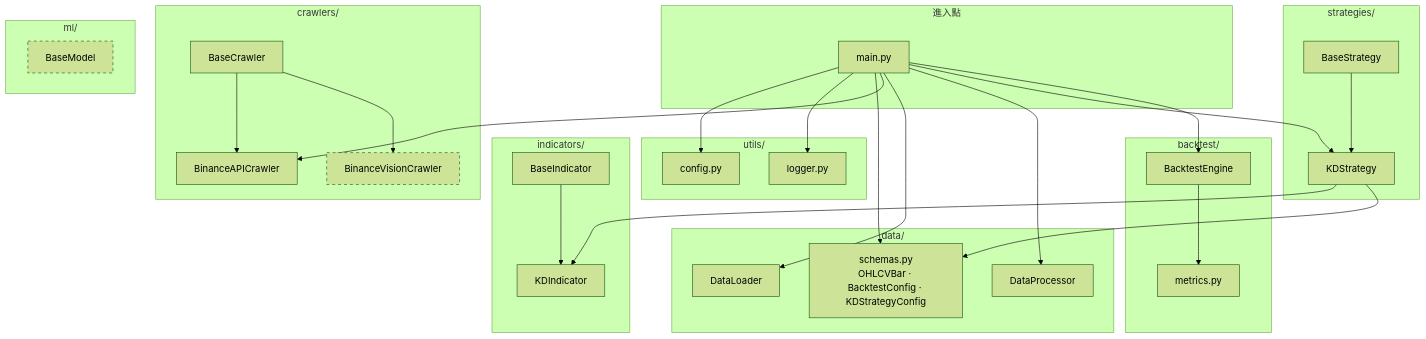
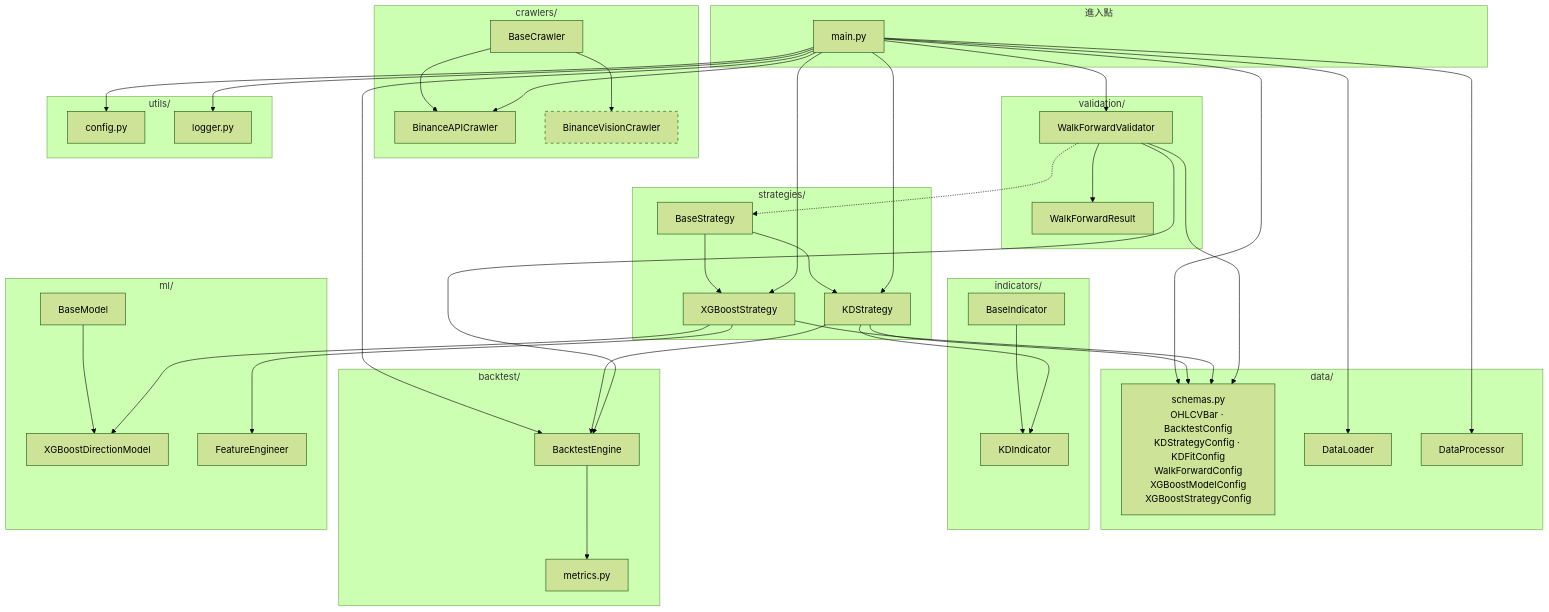
Before and after one commit to Kuan-Lun/tradingdev: the fourth of 4 diagrams in ARCHITECTURE.md, drawn with Mermaid (forest theme). The commit also changed other lines of this file and 1 other file, not shown here.

First line of the commit message:
docs: 更新架構圖與新增策略文件維護規範

````diff
--- a/ARCHITECTURE.md
+++ b/ARCHITECTURE.md
@@ -215,7 +362,7 @@
     end
 
     subgraph Data["data/"]
-        SCH[schemas.py<br/>OHLCVBar · BacktestConfig · KDStrategyConfig]
+        SCH["schemas.py<br/>OHLCVBar · BacktestConfig<br/>KDStrategyConfig · KDFitConfig<br/>WalkForwardConfig<br/>XGBoostModelConfig<br/>XGBoostStrategyConfig"]
         DL[DataLoader]
         DP[DataProcessor]
     end
@@ -229,7 +376,9 @@
     subgraph Strategies["strategies/"]
         BS[BaseStrategy]
         KDS[KDStrategy]
+        XGBS[XGBoostStrategy]
         BS --> KDS
+        BS --> XGBS
     end
 
     subgraph Backtest["backtest/"]
@@ -237,13 +386,21 @@
         MT[metrics.py]
     end
 
-    subgraph Utils["utils/"]
-        CFG[config.py]
-        LOG[logger.py]
+    subgraph Validation["validation/"]
+        WFV[WalkForwardValidator]
+        WFR[WalkForwardResult]
     end
 
     subgraph ML["ml/"]
         BM[BaseModel]
+        XGBM[XGBoostDirectionModel]
+        FE[FeatureEngineer]
+        BM --> XGBM
+    end
+
+    subgraph Utils["utils/"]
+        CFG[config.py]
+        LOG[logger.py]
     end
 
     MAIN --> CFG
@@ -253,12 +410,24 @@
     MAIN --> DL
     MAIN --> DP
     MAIN --> KDS
+    MAIN --> XGBS
     MAIN --> BE
+    MAIN --> WFV
 
     KDS --> KDI
     KDS --> SCH
+    KDS --> BE
+
+    XGBS --> XGBM
+    XGBS --> FE
+    XGBS --> SCH
+
+    WFV --> BE
+    WFV --> SCH
+    WFV --> WFR
+    WFV -.-> BS
+
     BE --> MT
 
     style BVC stroke-dasharray: 5 5
-    style BM stroke-dasharray: 5 5
 ```
````
